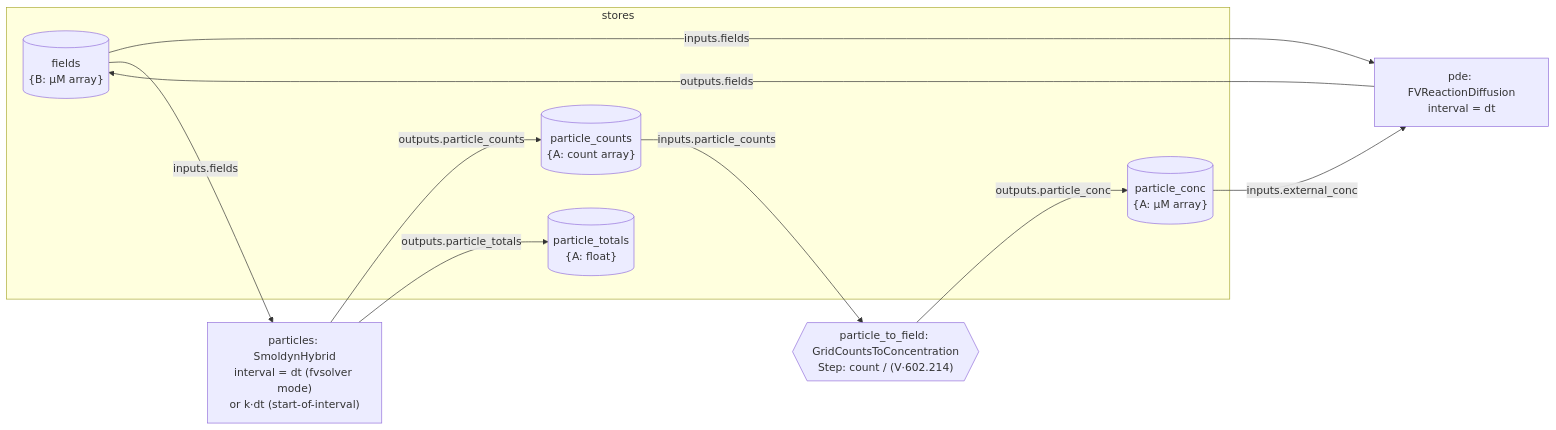
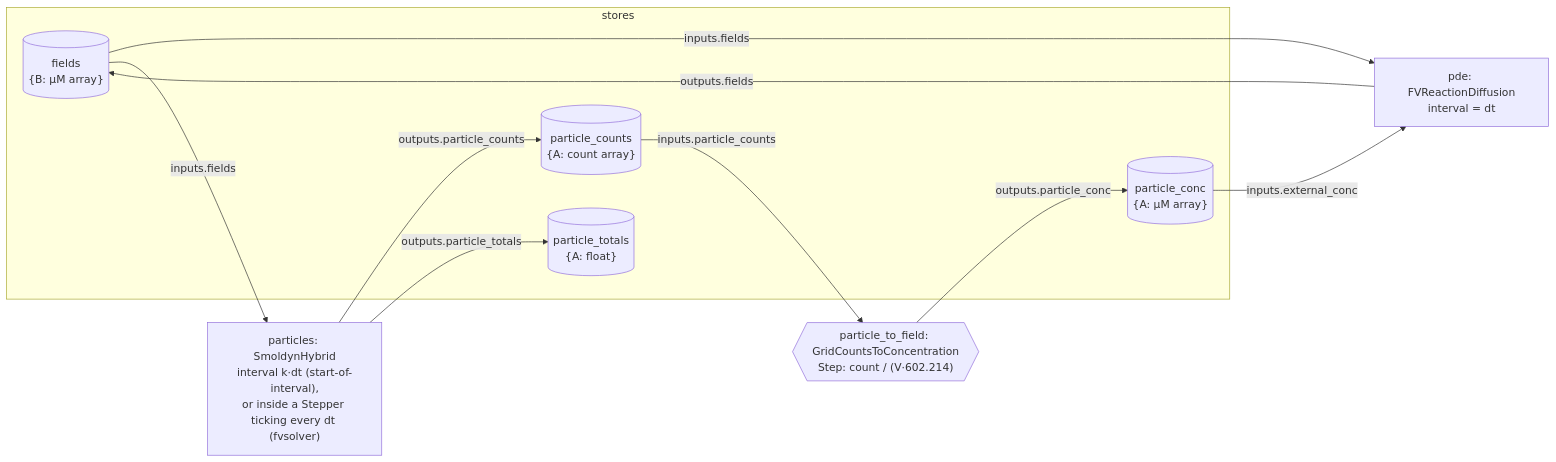
The second of 7 diagrams in docs/DESIGN.md (vivarium-collective/viva-pde-particle), drawn with Mermaid before and after one commit. The commit also changed other lines of this file and 10 other files, not shown here.

````diff
--- a/docs/DESIGN.md
+++ b/docs/DESIGN.md
@@ -247,20 +247,20 @@
 ```mermaid
 flowchart LR
   subgraph stores["stores"]
     F[("fields<br/>{B: µM array}")]
     C[("particle_counts<br/>{A: count array}")]
     PC[("particle_conc<br/>{A: µM array}")]
     T[("particle_totals<br/>{A: float}")]
   end
   PDE["pde: FVReactionDiffusion<br/>interval = dt"]
-  PART["particles: SmoldynHybrid<br/>interval = dt (fvsolver mode)<br/>or k·dt (start-of-interval)"]
+  PART["particles: SmoldynHybrid<br/>interval k·dt (start-of-interval),<br/>or inside a Stepper ticking every dt (fvsolver)"]
   S{{"particle_to_field: GridCountsToConcentration<br/>Step: count / (V·602.214)"}}
   F -- inputs.fields --> PDE
   C -- inputs.particle_counts --> S
   S -- outputs.particle_conc --> PC
   PC -- inputs.external_conc --> PDE
   PDE -- outputs.fields --> F
   F -- inputs.fields --> PART
   PART -- outputs.particle_counts --> C
   PART -- outputs.particle_totals --> T
 ```
````
